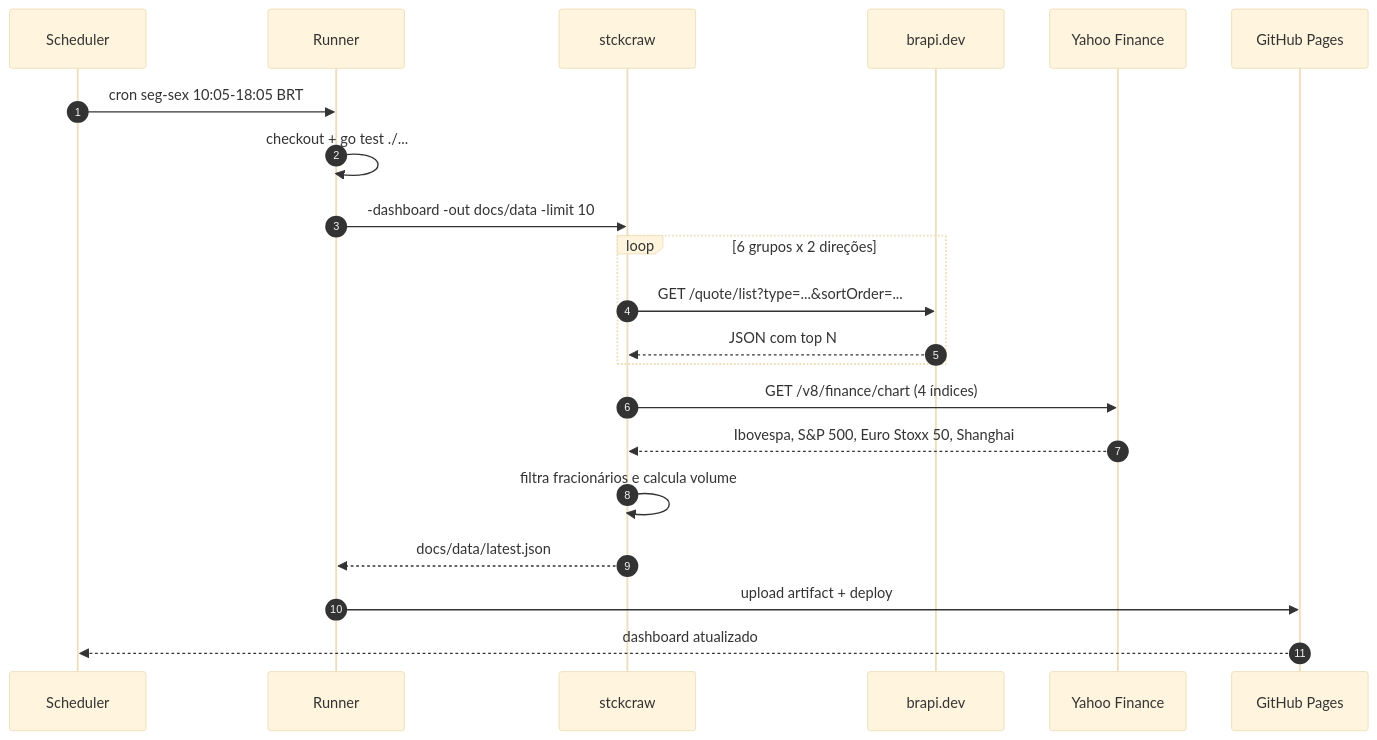
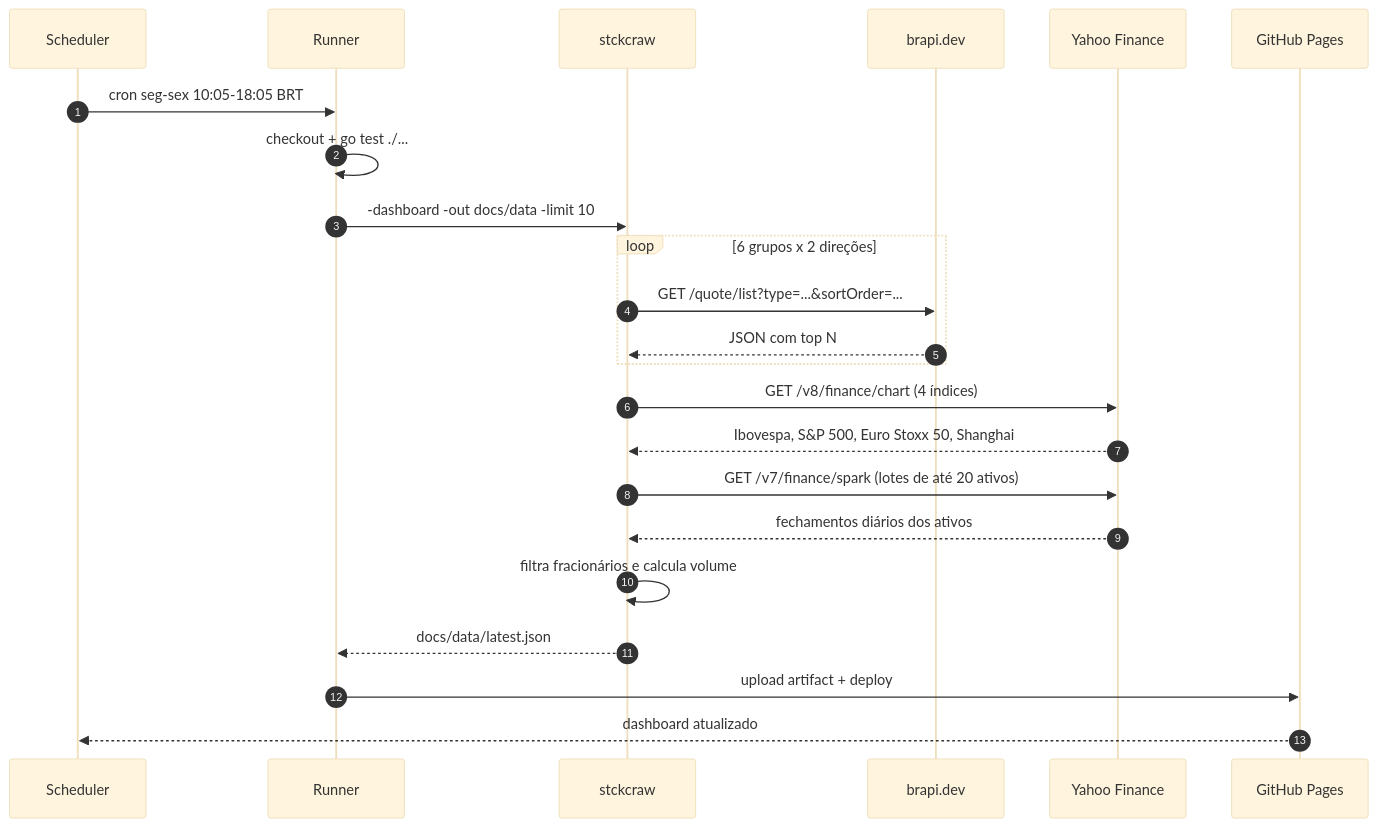
One commit to fabianoflorentino/stckcraw changed the fourth of 9 diagrams in docs/architecture.md. Above: the diagram before and after it, drawn with Mermaid (base theme). The commit also changed other lines of this file and 11 other files, not shown here.

First line of the commit message:
feat(dashboard): add daily charts for indices and assets

````diff
--- a/docs/architecture.md
+++ b/docs/architecture.md
@@ -87,24 +89,26 @@
 ```mermaid
 sequenceDiagram
   autonumber
   participant S as Scheduler
   participant R as Runner
   participant C as stckcraw
   participant B as brapi.dev
   participant Y as Yahoo Finance
   participant P as GitHub Pages
 
   S->>R: cron seg-sex 10:05-18:05 BRT
   R->>R: checkout + go test ./...
   R->>C: -dashboard -out docs/data -limit 10
   loop 6 grupos x 2 direções
     C->>B: GET /quote/list?type=...&sortOrder=...
     B-->>C: JSON com top N
   end
   C->>Y: GET /v8/finance/chart (4 índices)
   Y-->>C: Ibovespa, S&P 500, Euro Stoxx 50, Shanghai
+  C->>Y: GET /v7/finance/spark (lotes de até 20 ativos)
+  Y-->>C: fechamentos diários dos ativos
   C->>C: filtra fracionários e calcula volume
   C-->>R: docs/data/latest.json
   R->>P: upload artifact + deploy
   P-->>S: dashboard atualizado
 ```
````
